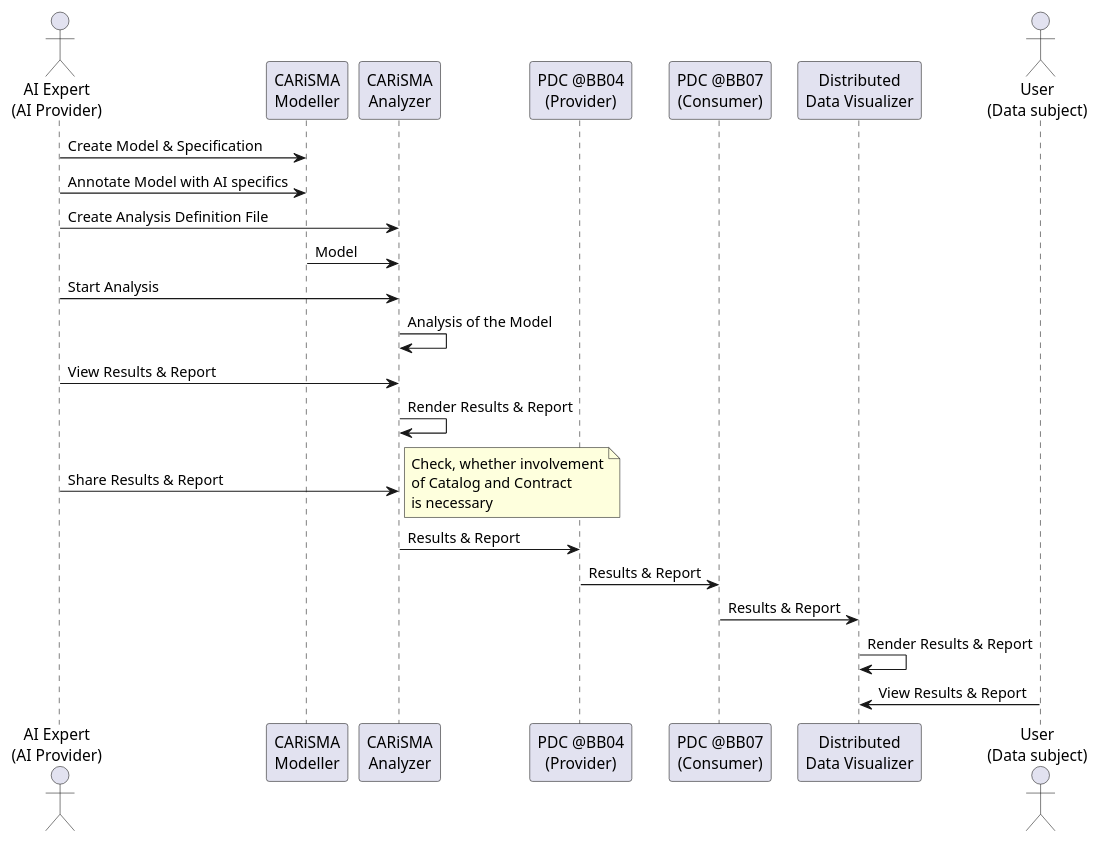
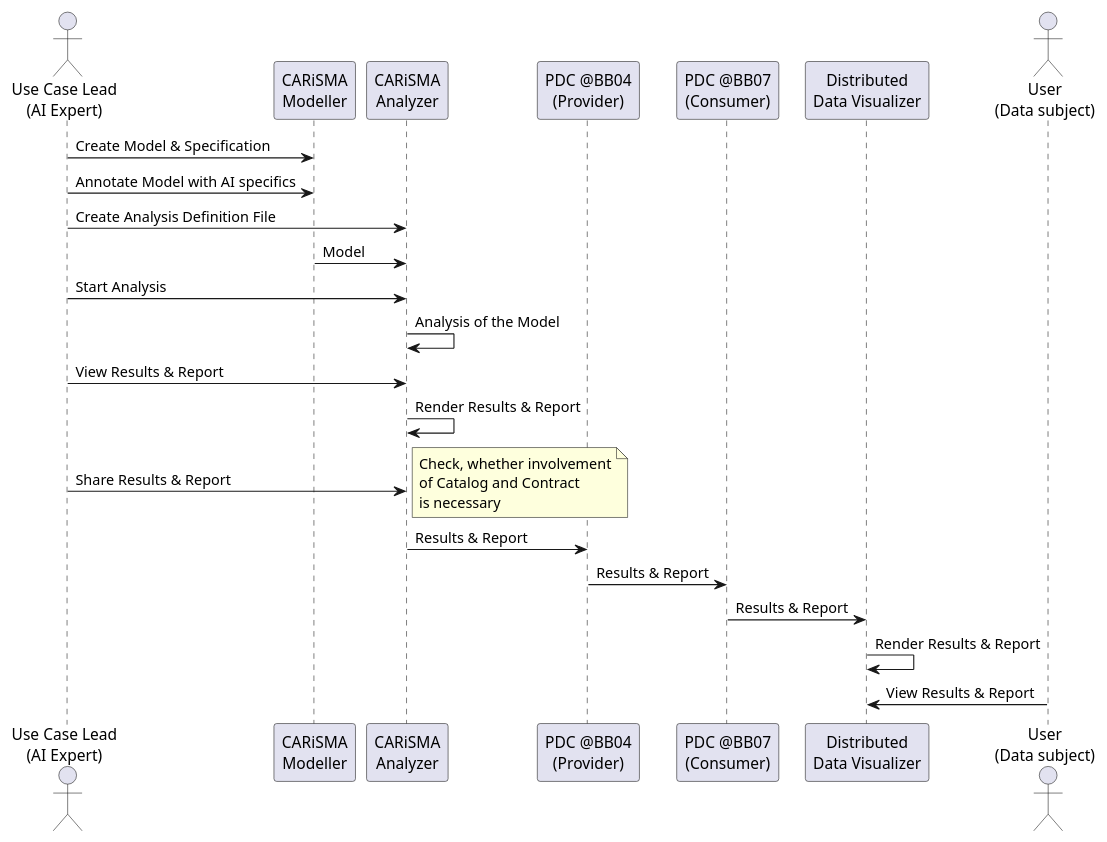
Before and after one commit to Prometheus-X-association/t-ai-carisma: the diagram in docs/carisma/images/sequence.plantuml, drawn with PlantUML. The commit also changed 1 other file, not shown here.

Commit message:
Changes from "AI Expert (AI Provider)" -> "Use Case Lead (AI Expert)" in PlantUML diagrams

```diff
--- a/docs/carisma/images/sequence.plantuml
+++ b/docs/carisma/images/sequence.plantuml
@@ -1,31 +1,31 @@
 @startuml
 
-actor "AI Expert\n(AI Provider)" as a
+actor "Use Case Lead\n(AI Expert)" as a
 participant "CARiSMA\nModeller" as cm
 participant "CARiSMA\nAnalyzer" as ca
 participant "PDC @BB04\n(Provider)" as pdc1
 participant "PDC @BB07\n(Consumer)" as pdc2
 participant "Distributed\nData Visualizer" as v
 actor "User\n(Data subject)" as u
 
 
 a -> cm : Create Model & Specification
 a -> cm : Annotate Model with AI specifics
 a -> ca : Create Analysis Definition File
 cm -> ca : Model
 a -> ca : Start Analysis
 ca -> ca : Analysis of the Model
 a -> ca : View Results & Report
 ca -> ca : Render Results & Report
 a -> ca : Share Results & Report
 note right
 	Check, whether involvement
 	of Catalog and Contract
 	is necessary
 end note
 ca -> pdc1 : Results & Report
 pdc1 -> pdc2 : Results & Report
 pdc2 -> v : Results & Report
 v -> v : Render Results & Report
 v <- u : View Results & Report
 @enduml
```
